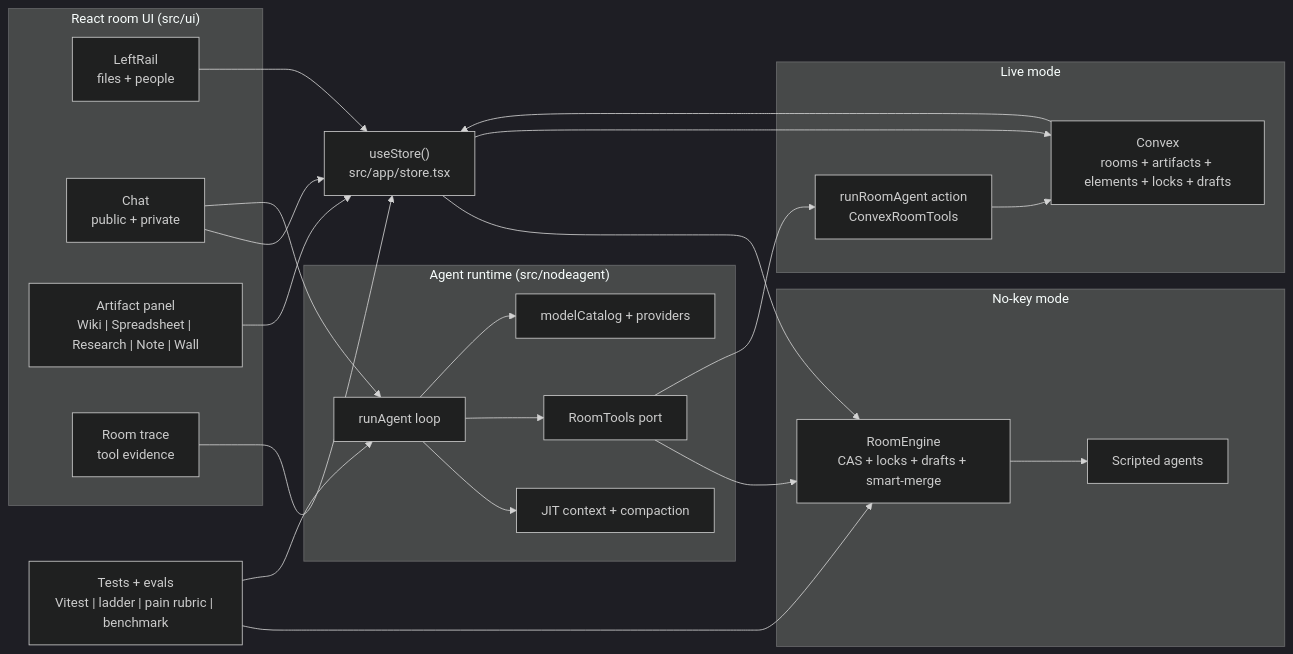
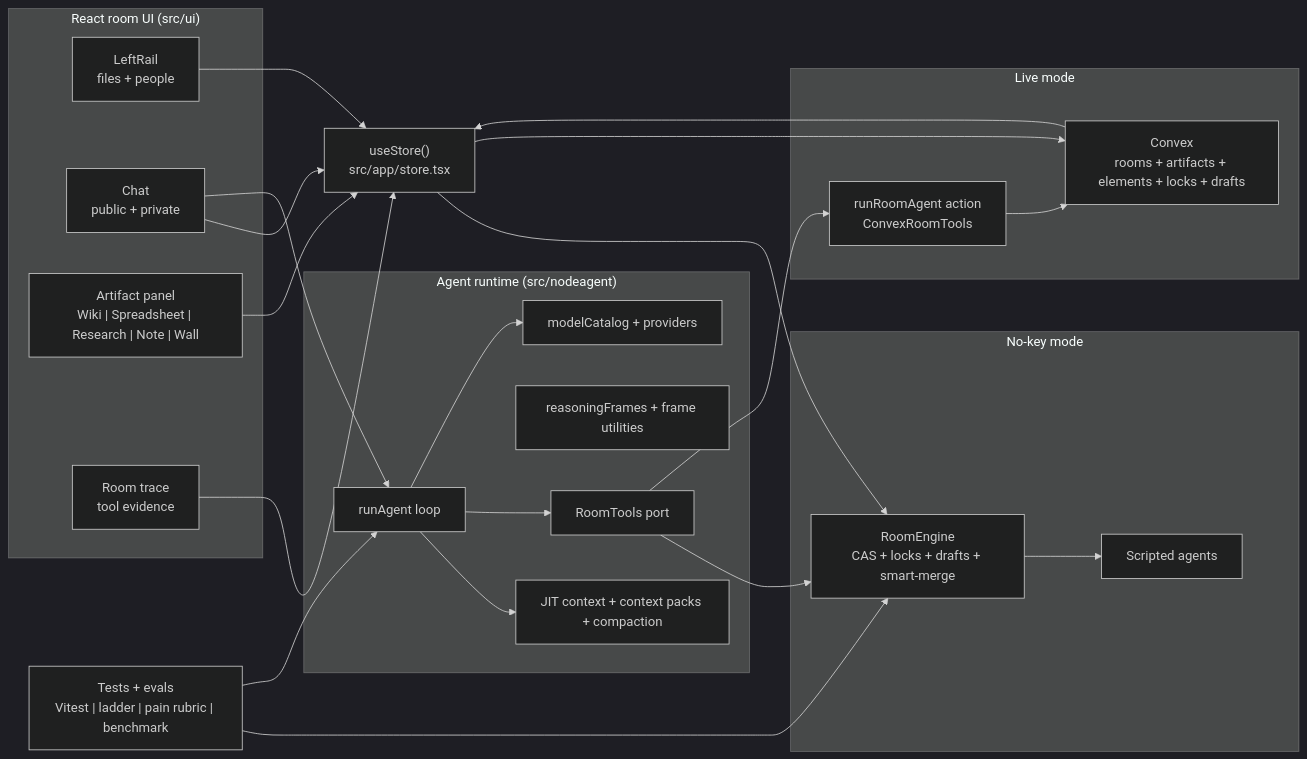
The second of 4 diagrams in README.md (HomenShum/NodeRoom), drawn with Mermaid (dark theme) before and after one commit. The commit also changed other lines of this file and 26 other files, not shown here.

First line of the commit message:
Make reasoning frames operational

````diff
--- a/README.md
+++ b/README.md
@@ -687,48 +702,49 @@
 ```mermaid
 flowchart LR
   subgraph Client["React room UI (src/ui)"]
     LeftRail["LeftRail<br/>files + people"]
     Chat["Chat<br/>public + private"]
     ArtifactPanel["Artifact panel<br/>Wiki | Spreadsheet | Research | Note | Wall"]
     Trace["Room trace<br/>tool evidence"]
   end
 
   Store["useStore()<br/>src/app/store.tsx"]
 
   subgraph MemoryMode["No-key mode"]
     RoomEngine["RoomEngine<br/>CAS + locks + drafts + smart-merge"]
     ScriptedAgents["Scripted agents"]
   end
 
   subgraph LiveMode["Live mode"]
     Convex["Convex<br/>rooms + artifacts + elements + locks + drafts"]
     AgentAction["runRoomAgent action<br/>ConvexRoomTools"]
   end
 
   subgraph AgentRuntime["Agent runtime (src/nodeagent)"]
     Loop["runAgent loop"]
-    Context["JIT context + compaction"]
+    Context["JIT context + context packs + compaction"]
+    Frames["reasoningFrames + frame utilities"]
     Tools["RoomTools port"]
     Models["modelCatalog + providers"]
   end
 
   Evals["Tests + evals<br/>Vitest | ladder | pain rubric | benchmark"]
 
   LeftRail --> Store
   Chat --> Store
   ArtifactPanel --> Store
   Trace --> Store
   Store --> RoomEngine
   Store --> Convex
   RoomEngine --> ScriptedAgents
   Chat --> Loop
   Loop --> Context
   Loop --> Tools
   Loop --> Models
   Tools --> RoomEngine
   Tools --> AgentAction
   AgentAction --> Convex
   Convex --> Store
   Evals --> RoomEngine
   Evals --> Loop
 ```
````
